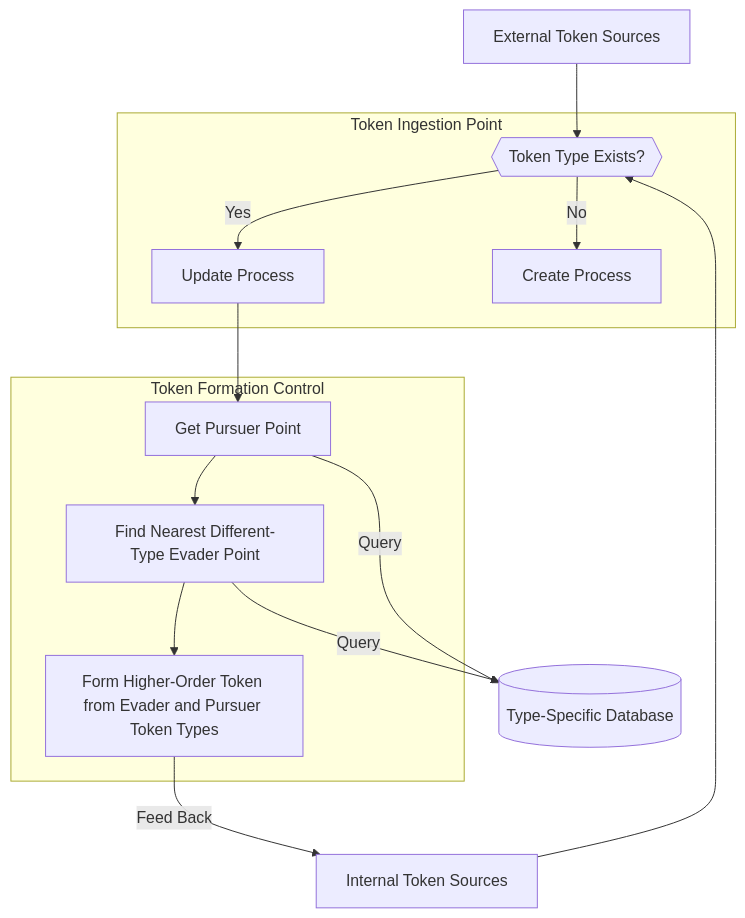
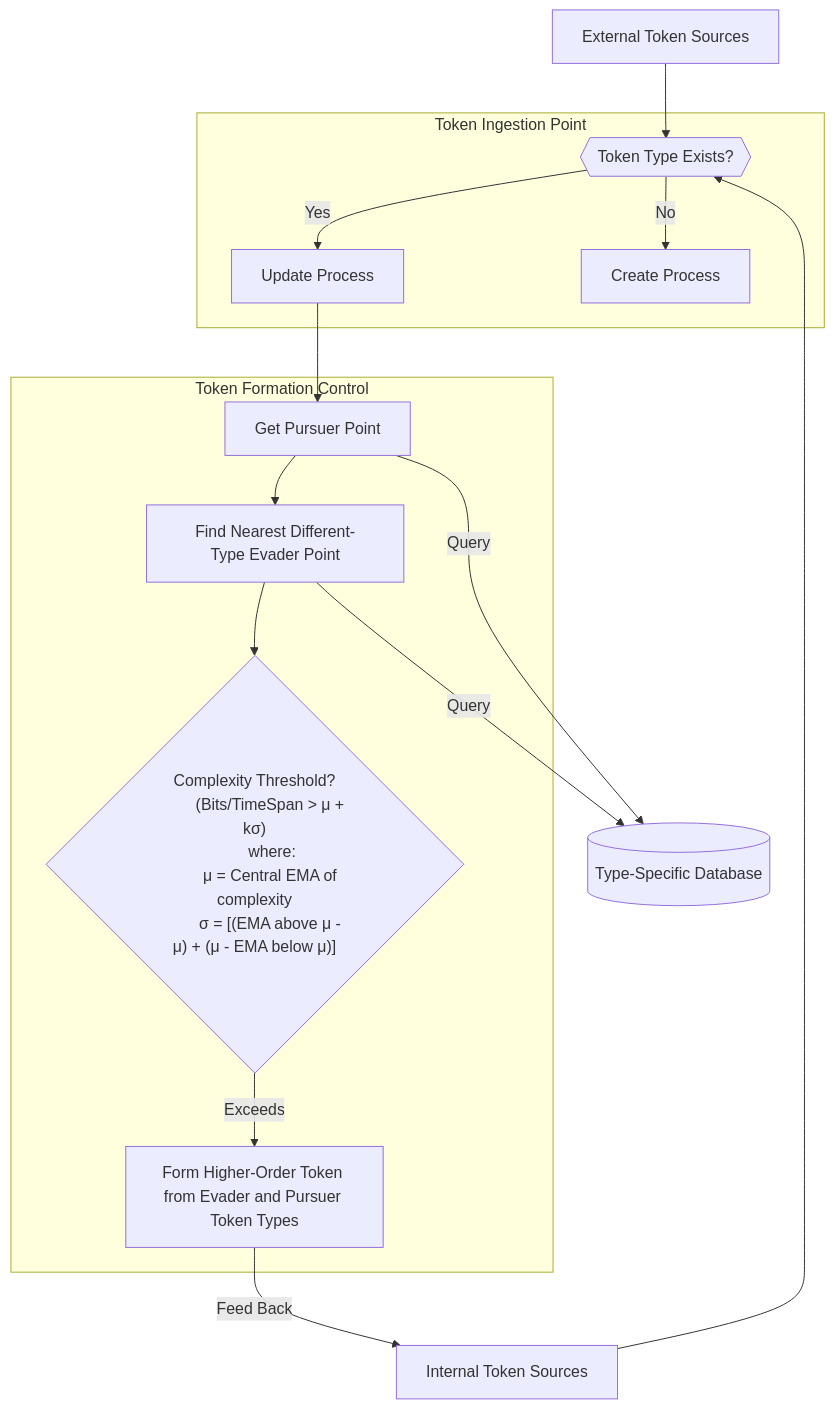
The sixth of 8 diagrams in README.md (mattferrin/mattferrin), drawn with Mermaid before and after one commit. The commit also changed other lines of this file, not shown here.

Commit message:
complexity and control

````diff
--- a/README.md
+++ b/README.md
@@ -247,32 +247,38 @@
 ```mermaid
 graph TD;
     ExternalSources["External Token Sources"]
     InternalSources["Internal Token Sources"]
     
     subgraph "Token Ingestion Point"
         TokenCheck{{"Token Type Exists?"}}
         UpdateProcess["Update Process"]
         CreateProcess["Create Process"]
         
         TokenCheck -->|Yes| UpdateProcess
         TokenCheck -->|No| CreateProcess
     end
 
     subgraph "Token Formation Control"
         GetPursuerPoint["Get Pursuer Point"]
         FindNearestEvader["Find Nearest Different-Type Evader Point"]
+        ComplexityCheck{"Complexity Threshold?
+        (Bits/TimeSpan > μ + kσ)
+        where:
+        μ = Central EMA of complexity
+        σ = [(EMA above μ - μ) + (μ - EMA below μ)]"}
         FormToken["Form Higher-Order Token from Evader and Pursuer Token Types"]
         
         UpdateProcess --> GetPursuerPoint
         GetPursuerPoint --> FindNearestEvader
-        FindNearestEvader --> FormToken
+        FindNearestEvader --> ComplexityCheck
+        ComplexityCheck -->|Exceeds| FormToken
     end
 
     TypeSpecificDB[(Type-Specific Database)]
     
     ExternalSources --> TokenCheck
     InternalSources --> TokenCheck
     GetPursuerPoint -->|Query| TypeSpecificDB
     FindNearestEvader -->|Query| TypeSpecificDB
     FormToken -->|Feed Back| InternalSources
 ```
````
